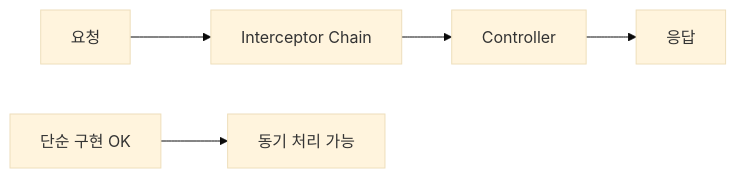
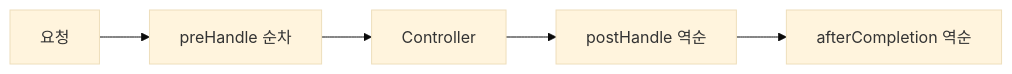
One commit to yjkim2015/yjkim2015.github.io changed the fourth of 4 diagrams in _posts/spring/2026-05-02-spring-interceptor.md. Above: the diagram before and after it, drawn with Mermaid (base theme). The commit also changed other lines of this file and 4 other files, not shown here.

````diff
--- a/_posts/spring/2026-05-02-spring-interceptor.md
+++ b/_posts/spring/2026-05-02-spring-interceptor.md
@@ -868,7 +1814,7 @@
 ```mermaid
 graph LR
-    A["요청"] --> B[Interceptor Chain]
+    A[요청] --> B[preHandle 순차]
     B --> C[Controller]
-    C --> D["응답"]
-    E["단순 구현 OK"] --> F["동기 처리 가능"]
+    C --> D[postHandle 역순]
+    D --> E[afterCompletion 역순]
 ```
````
